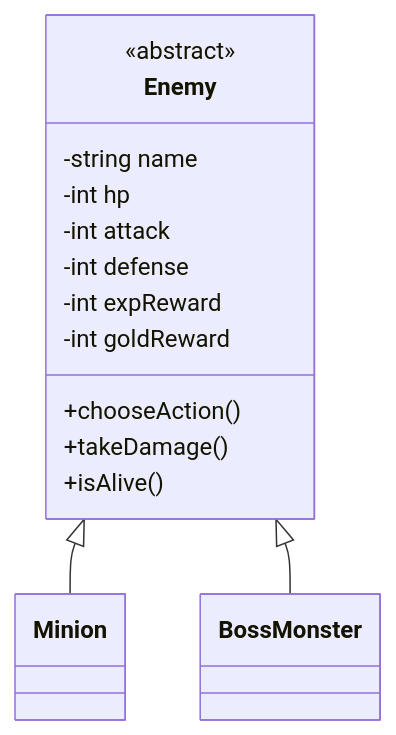
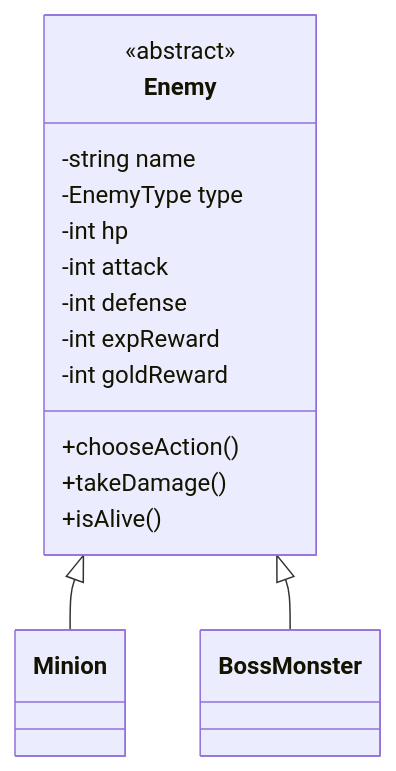
Before and after one commit to Leon-1411/rpg-engine: the fifth of 7 diagrams in PROJECT_SPEC.md, drawn with Mermaid. The commit also changed other lines of this file, not shown here.

Commit message:
docs: Cap nhat PROJECT_SPEC.md theo Eldoria_Full_Flowchart.xmind

````diff
--- a/PROJECT_SPEC.md
+++ b/PROJECT_SPEC.md
@@ -285,18 +309,19 @@
 ``` mermaid
 classDiagram
     class Enemy {
         <<abstract>>
         -string name
+        -EnemyType type
         -int hp
         -int attack
         -int defense
         -int expReward
         -int goldReward
         +chooseAction()
         +takeDamage()
         +isAlive()
     }
 
     Enemy <|-- Minion
     Enemy <|-- BossMonster
 ```
````
